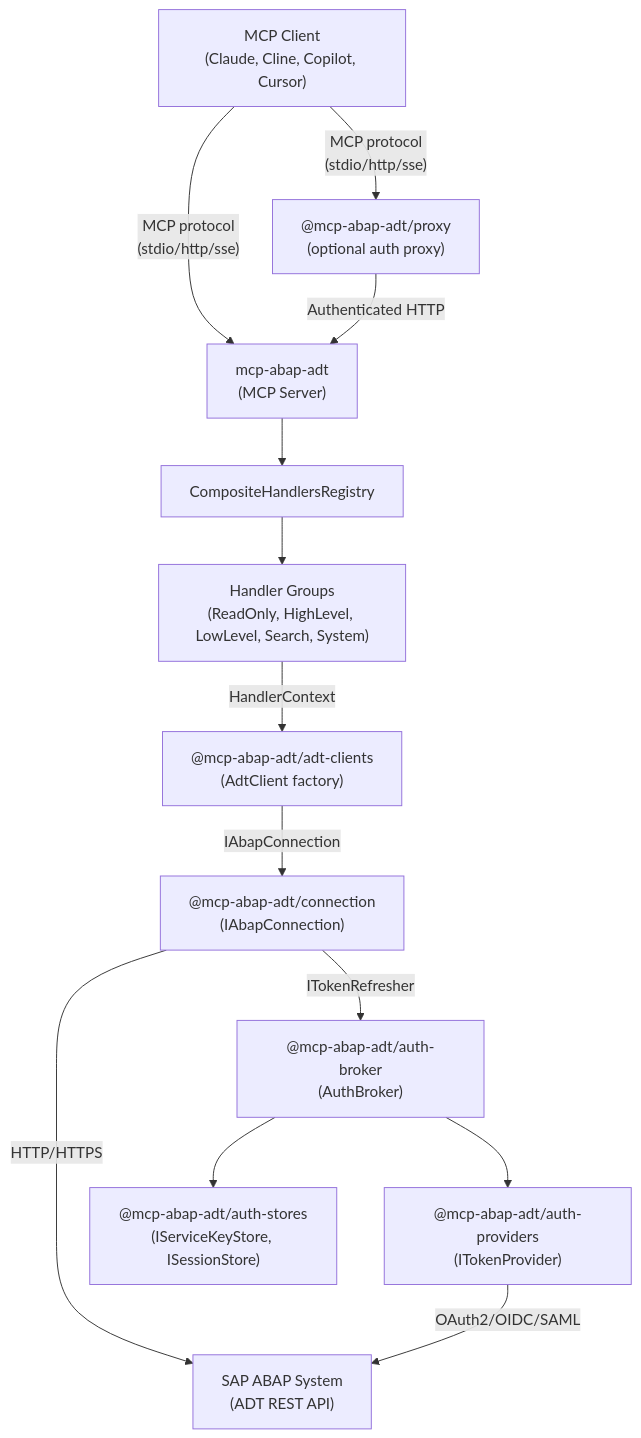
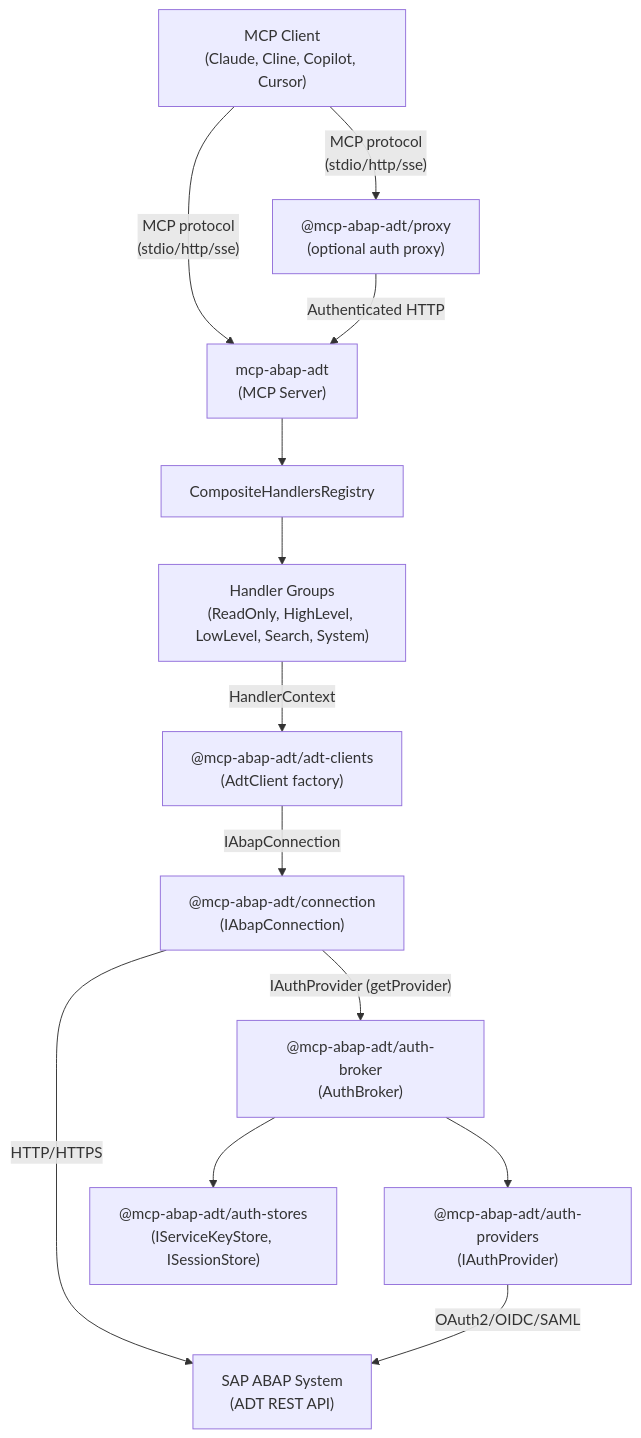
The diagram in docs/architecture/ARCHITECTURE.md (fr0ster/mcp-abap-adt), drawn with Mermaid before and after one commit. The commit also changed other lines of this file and 42 other files, not shown here.

````diff
--- a/docs/architecture/ARCHITECTURE.md
+++ b/docs/architecture/ARCHITECTURE.md
@@ -416,27 +387,27 @@
 ```mermaid
 graph TD
     Client["MCP Client<br/>(Claude, Cline, Copilot, Cursor)"]
     Proxy["@mcp-abap-adt/proxy<br/>(optional auth proxy)"]
     Server["mcp-abap-adt<br/>(MCP Server)"]
     Registry["CompositeHandlersRegistry"]
     Handlers["Handler Groups<br/>(ReadOnly, HighLevel, LowLevel, Search, System)"]
     AdtClients["@mcp-abap-adt/adt-clients<br/>(AdtClient factory)"]
     Connection["@mcp-abap-adt/connection<br/>(IAbapConnection)"]
     AuthBroker["@mcp-abap-adt/auth-broker<br/>(AuthBroker)"]
-    Providers["@mcp-abap-adt/auth-providers<br/>(ITokenProvider)"]
+    Providers["@mcp-abap-adt/auth-providers<br/>(IAuthProvider)"]
     Stores["@mcp-abap-adt/auth-stores<br/>(IServiceKeyStore, ISessionStore)"]
     SAP["SAP ABAP System<br/>(ADT REST API)"]
 
     Client -->|"MCP protocol<br/>(stdio/http/sse)"| Proxy
     Client -->|"MCP protocol<br/>(stdio/http/sse)"| Server
     Proxy -->|"Authenticated HTTP"| Server
     Server --> Registry
     Registry --> Handlers
     Handlers -->|"HandlerContext"| AdtClients
     AdtClients -->|"IAbapConnection"| Connection
     Connection -->|"HTTP/HTTPS"| SAP
-    Connection -->|"ITokenRefresher"| AuthBroker
+    Connection -->|"IAuthProvider (getProvider)"| AuthBroker
     AuthBroker --> Providers
     AuthBroker --> Stores
     Providers -->|"OAuth2/OIDC/SAML"| SAP
 ```
````
